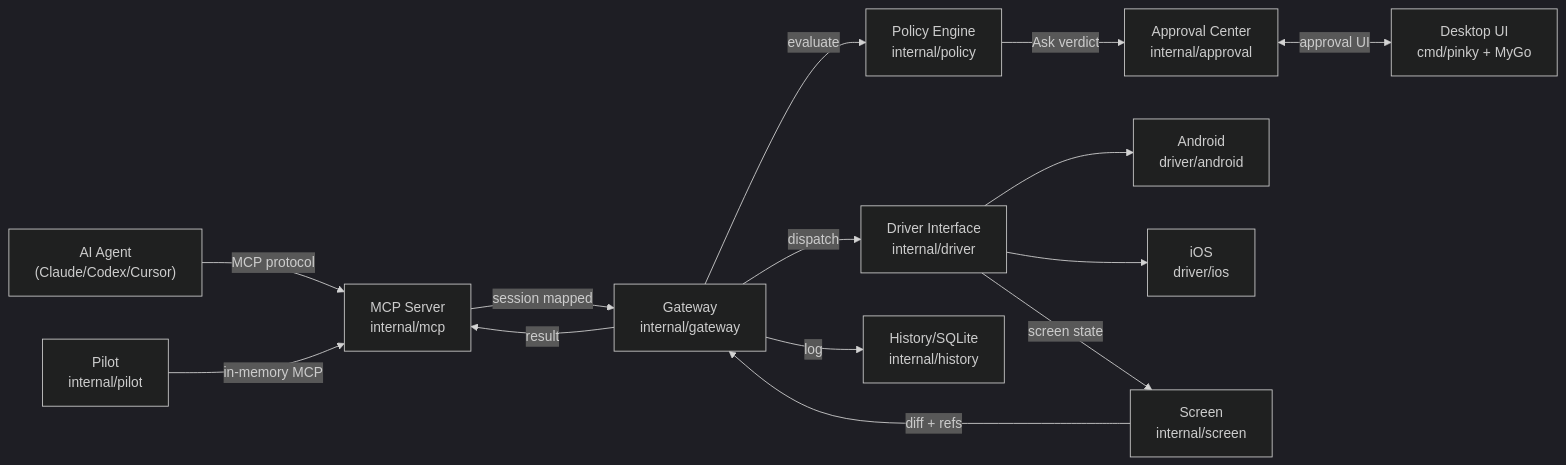
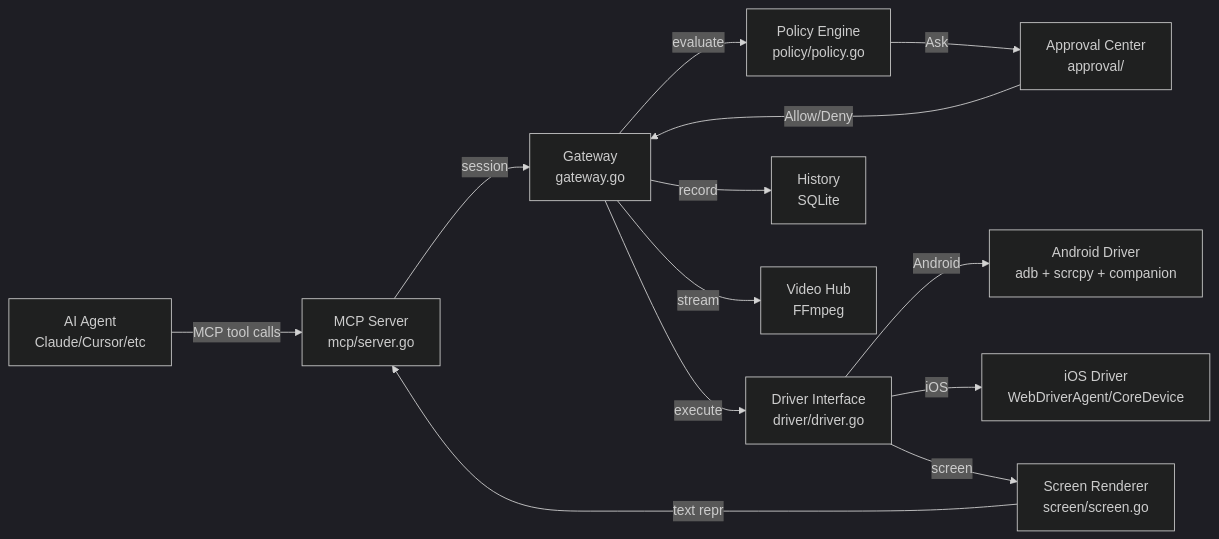
The second of 4 diagrams in research/weekly/2026-11-12-agentic-scan.md (undertheseanlp/underthesea), drawn with Mermaid (dark theme) before and after one commit. The commit also changed other lines of this file, not shown here.

````diff
--- a/research/weekly/2026-11-12-agentic-scan.md
+++ b/research/weekly/2026-11-12-agentic-scan.md
@@ -87,29 +221,15 @@
 ```mermaid
 flowchart LR
-    Agent["AI Agent\n(Claude/Codex/Cursor)"]
-    MCP["MCP Server\ninternal/mcp"]
-    GW["Gateway\ninternal/gateway"]
-    Policy["Policy Engine\ninternal/policy"]
-    Approval["Approval Center\ninternal/approval"]
-    UI["Desktop UI\ncmd/pinky + MyGo"]
-    Driver["Driver Interface\ninternal/driver"]
-    Android["Android\ndriver/android"]
-    iOS["iOS\ndriver/ios"]
-    Screen["Screen\ninternal/screen"]
-    History["History/SQLite\ninternal/history"]
-    Pilot["Pilot\ninternal/pilot"]
-
-    Agent -->|"MCP protocol"| MCP
-    Pilot -->|"in-memory MCP"| MCP
-    MCP -->|"session mapped"| GW
-    GW -->|"evaluate"| Policy
-    Policy -->|"Ask verdict"| Approval
-    Approval <-->|"approval UI"| UI
-    GW -->|"dispatch"| Driver
-    Driver --> Android
-    Driver --> iOS
-    Driver -->|"screen state"| Screen
-    Screen -->|"diff + refs"| GW
-    GW -->|"result"| MCP
-    GW -->|"log"| History
+    AGENT[AI Agent<br/>Claude/Cursor/etc] -->|"MCP tool calls"| MCP[MCP Server<br/>mcp/server.go]
+    MCP -->|"session"| GW[Gateway<br/>gateway.go]
+    GW -->|"evaluate"| POLICY[Policy Engine<br/>policy/policy.go]
+    POLICY -->|"Ask"| APPROVAL[Approval Center<br/>approval/]
+    APPROVAL -->|"Allow/Deny"| GW
+    GW -->|"execute"| DRIVER[Driver Interface<br/>driver/driver.go]
+    DRIVER -->|"Android"| ADB[Android Driver<br/>adb + scrcpy + companion]
+    DRIVER -->|"iOS"| WDA[iOS Driver<br/>WebDriverAgent/CoreDevice]
+    DRIVER -->|"screen"| SCREEN[Screen Renderer<br/>screen/screen.go]
+    SCREEN -->|"text repr"| MCP
+    GW -->|"record"| HISTORY[History<br/>SQLite]
+    GW -->|"stream"| VIDEO[Video Hub<br/>FFmpeg]
 ```
````
